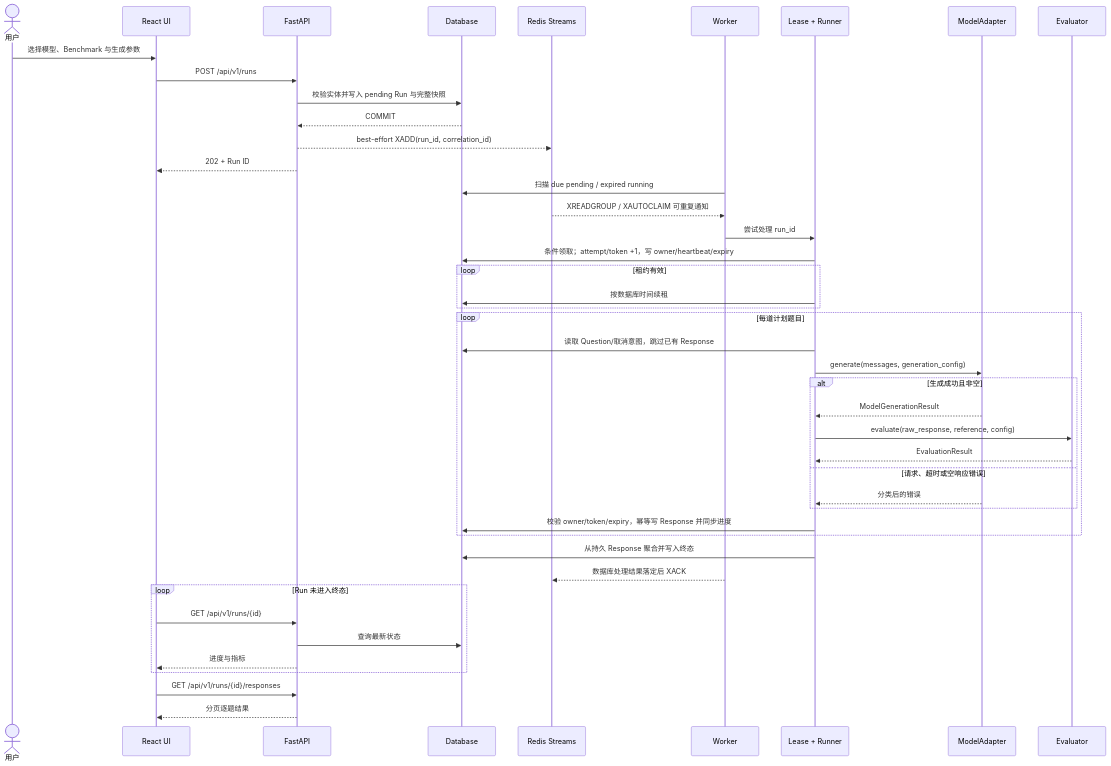
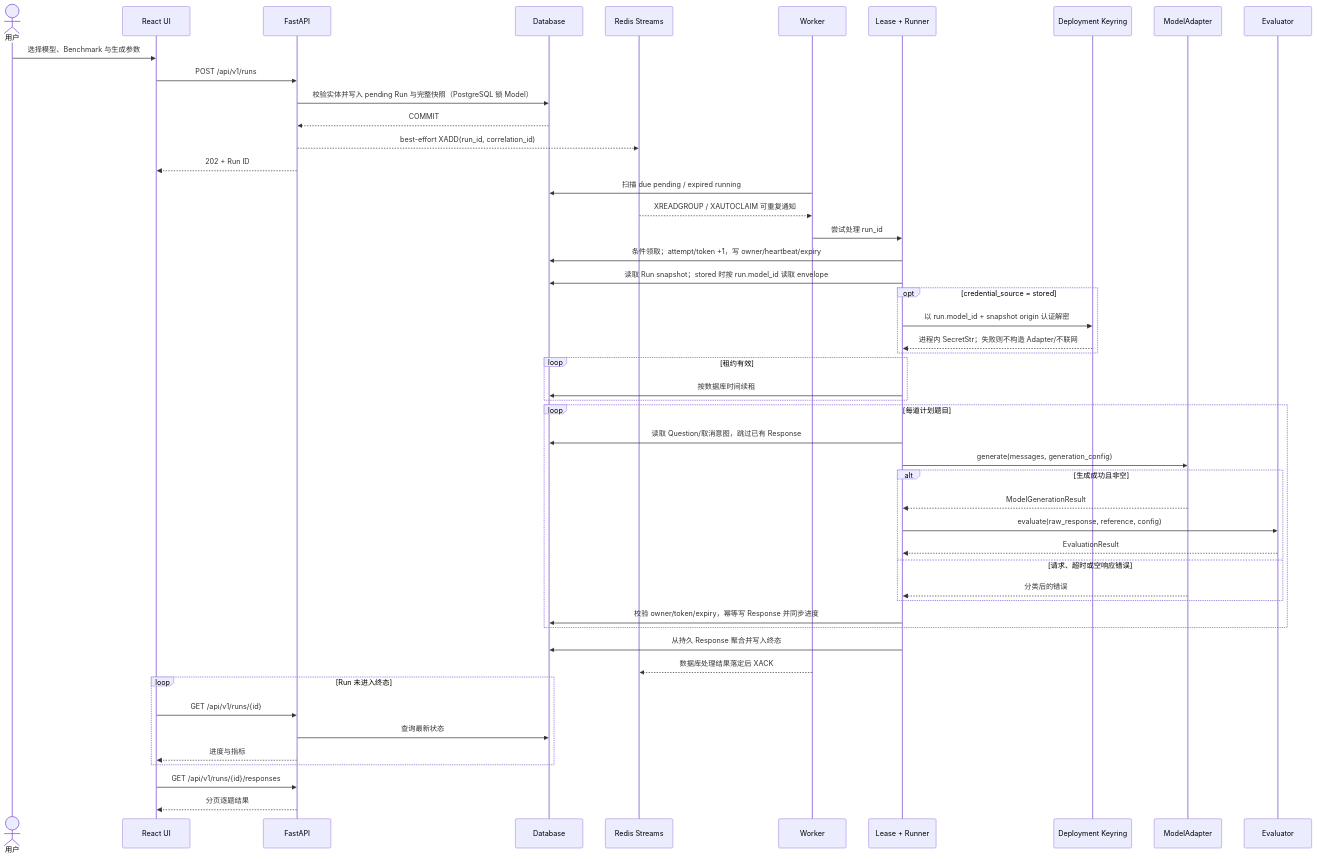
One commit to CWNU-Open-Source-Community/LLMBenchLab changed the third of 7 diagrams in docs/ARCHITECTURE.md. Above: the diagram before and after it, drawn with Mermaid. The commit also changed other lines of this file and 66 other files, not shown here.

````diff
--- a/docs/ARCHITECTURE.md
+++ b/docs/ARCHITECTURE.md
@@ -149,47 +167,53 @@
 ```mermaid
 sequenceDiagram
     actor U as 用户
     participant W as React UI
     participant A as FastAPI
     participant D as Database
     participant Q as Redis Streams
     participant K as Worker
     participant R as Lease + Runner
+    participant C as Deployment Keyring
     participant M as ModelAdapter
     participant E as Evaluator
 
     U->>W: 选择模型、Benchmark 与生成参数
     W->>A: POST /api/v1/runs
-    A->>D: 校验实体并写入 pending Run 与完整快照
+    A->>D: 校验实体并写入 pending Run 与完整快照（PostgreSQL 锁 Model）
     D-->>A: COMMIT
     A-->>Q: best-effort XADD(run_id, correlation_id)
     A-->>W: 202 + Run ID
     K->>D: 扫描 due pending / expired running
     Q-->>K: XREADGROUP / XAUTOCLAIM 可重复通知
     K->>R: 尝试处理 run_id
     R->>D: 条件领取；attempt/token +1，写 owner/heartbeat/expiry
+    R->>D: 读取 Run snapshot；stored 时按 run.model_id 读取 envelope
+    opt credential_source = stored
+        R->>C: 以 run.model_id + snapshot origin 认证解密
+        C-->>R: 进程内 SecretStr；失败则不构造 Adapter/不联网
+    end
     loop 租约有效
         R->>D: 按数据库时间续租
     end
     loop 每道计划题目
         R->>D: 读取 Question/取消意图，跳过已有 Response
         R->>M: generate(messages, generation_config)
         alt 生成成功且非空
             M-->>R: ModelGenerationResult
             R->>E: evaluate(raw_response, reference, config)
             E-->>R: EvaluationResult
         else 请求、超时或空响应错误
             M-->>R: 分类后的错误
         end
         R->>D: 校验 owner/token/expiry，幂等写 Response 并同步进度
     end
     R->>D: 从持久 Response 聚合并写入终态
     K-->>Q: 数据库处理结果落定后 XACK
     loop Run 未进入终态
         W->>A: GET /api/v1/runs/{id}
         A->>D: 查询最新状态
         A-->>W: 进度与指标
     end
     W->>A: GET /api/v1/runs/{id}/responses
     A-->>W: 分页逐题结果
 ```
````
